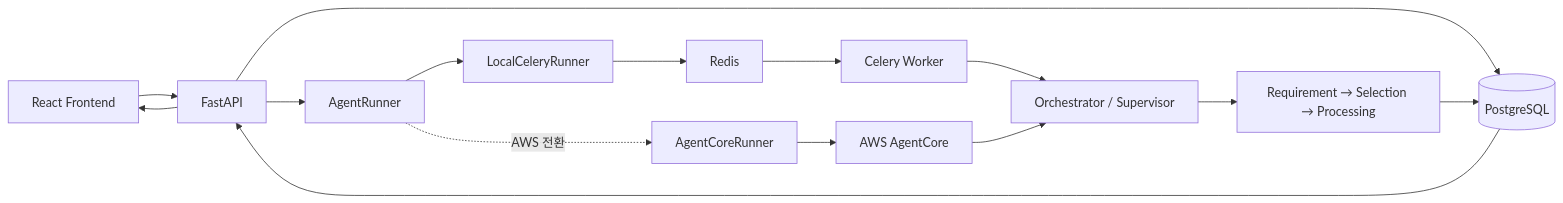
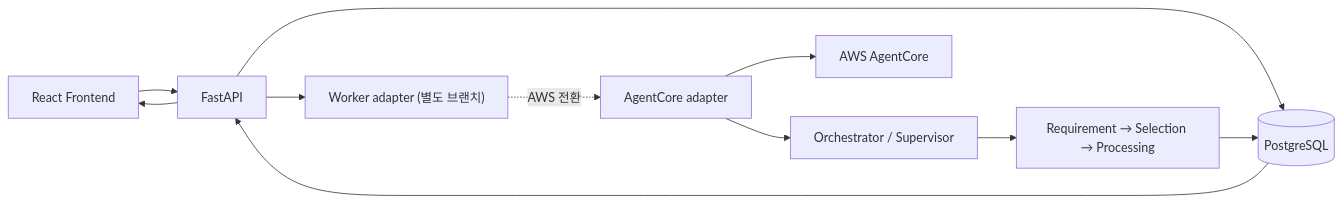
The diagram in BACKEND_ARCHITECTURE_OVERVIEW.md (Aivle-team08-bigproject/Backend-fastapi), drawn with Mermaid before and after one commit. The commit also changed other lines of this file and 21 other files, not shown here.

First line of the commit message:
refactor(worker): remove celery redis runtime

````diff
--- a/BACKEND_ARCHITECTURE_OVERVIEW.md
+++ b/BACKEND_ARCHITECTURE_OVERVIEW.md
@@ -27,20 +28,15 @@
 ```mermaid
 flowchart LR
     FE["React Frontend"] --> API["FastAPI"]
     API --> DB[("PostgreSQL")]
-    API --> Runner["AgentRunner"]
+    API --> Runner["Worker adapter (별도 브랜치)"]
 
-    Runner --> Local["LocalCeleryRunner"]
-    Local --> Redis["Redis"]
-    Redis --> Worker["Celery Worker"]
-
-    Runner -. AWS 전환 .-> Core["AgentCoreRunner"]
+    Runner -. AWS 전환 .-> Core["AgentCore adapter"]
     Core --> AgentCore["AWS AgentCore"]
 
-    Worker --> Supervisor["Orchestrator / Supervisor"]
-    AgentCore --> Supervisor
+    Core --> Supervisor["Orchestrator / Supervisor"]
     Supervisor --> Agents["Requirement → Selection → Processing"]
     Agents --> DB
     DB --> API
     API --> FE
 ```
````
